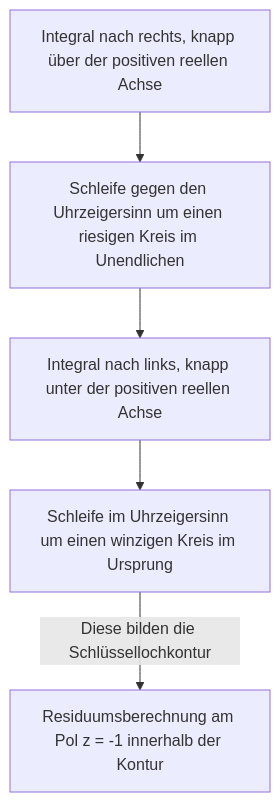
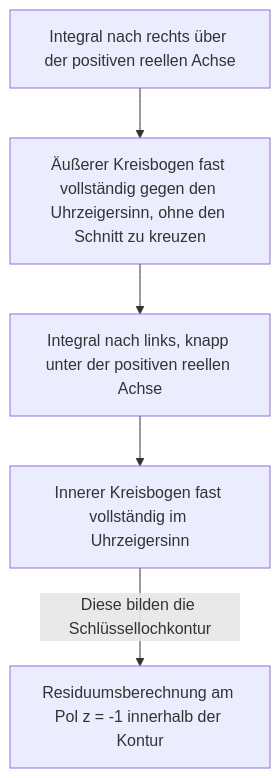
Before and after one commit to kenjinote/blog: the third of 3 diagrams in content/post/residue-theorem/index.de.md, drawn with Mermaid. The commit also changed other lines of this file and 8 other files, not shown here.

````diff
--- a/content/post/residue-theorem/index.de.md
+++ b/content/post/residue-theorem/index.de.md
@@ -166,7 +167,7 @@
 ```mermaid
 flowchart TD
-    A["Integral nach rechts, knapp über der positiven reellen Achse"] --> B["Schleife gegen den Uhrzeigersinn um einen riesigen Kreis im Unendlichen"]
+    A["Integral nach rechts über der positiven reellen Achse"] --> B["Äußerer Kreisbogen fast vollständig gegen den Uhrzeigersinn, ohne den Schnitt zu kreuzen"]
     B --> C["Integral nach links, knapp unter der positiven reellen Achse"]
-    C --> D["Schleife im Uhrzeigersinn um einen winzigen Kreis im Ursprung"]
+    C --> D["Innerer Kreisbogen fast vollständig im Uhrzeigersinn"]
     D -->|"Diese bilden die Schlüssellochkontur"| E["Residuumsberechnung am Pol z = -1 innerhalb der Kontur"]
 ```
````
